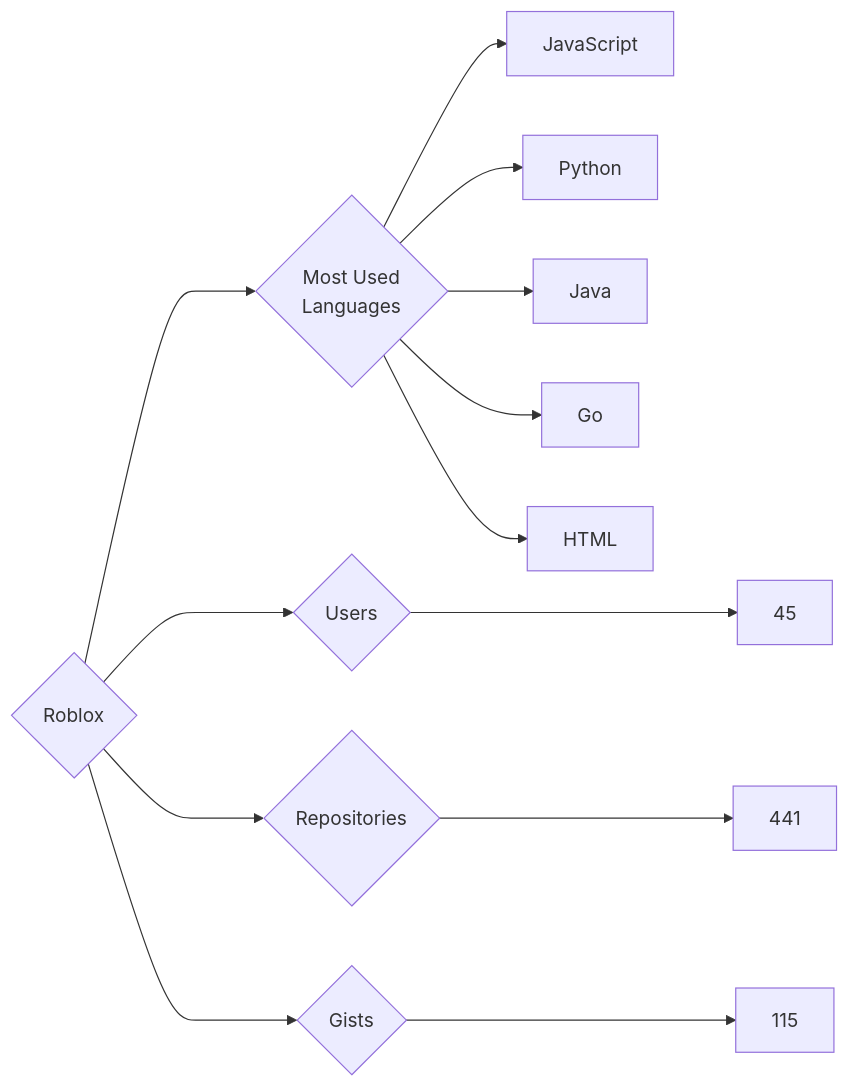
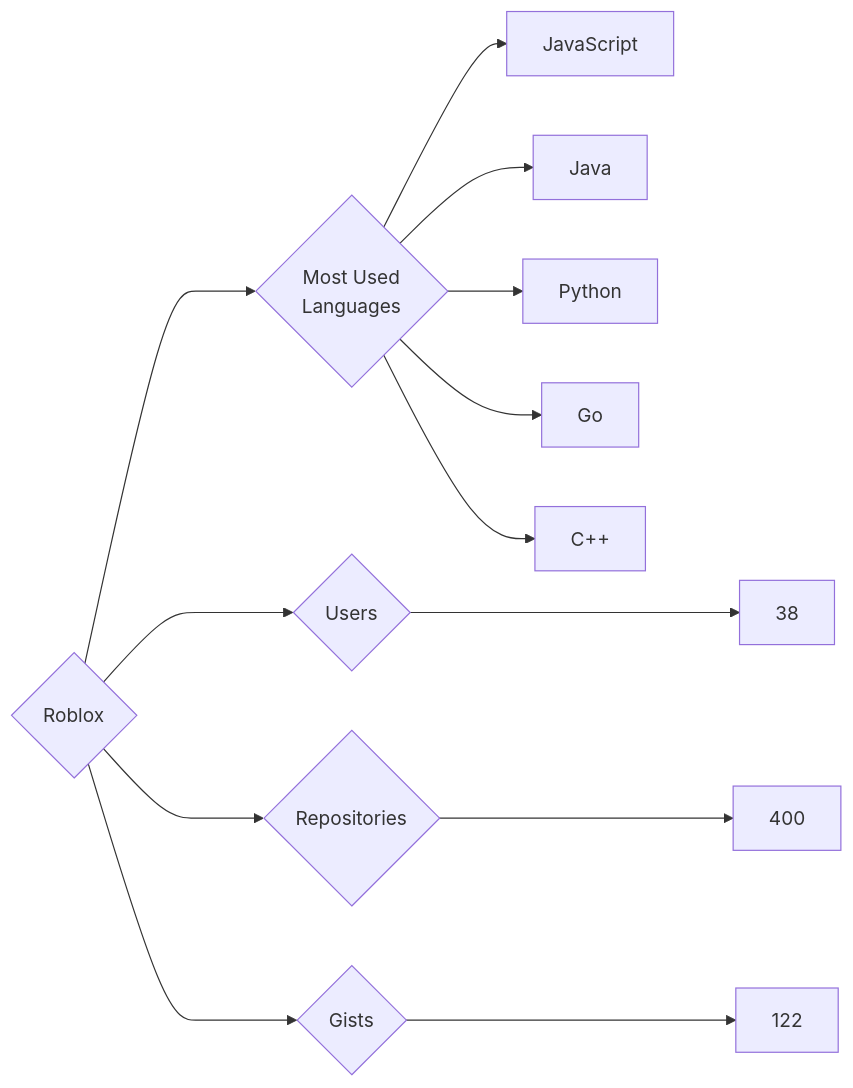
The diagram in targets/Roblox/README.md (trickest/insiders), drawn with Mermaid before and after one commit. The commit also changed 1508 other files, not shown here.

````diff
--- a/targets/Roblox/README.md
+++ b/targets/Roblox/README.md
@@ -3,13 +3,13 @@
 ```mermaid
 graph LR
 COMPANY_NAME{Roblox}
-COMPANY_NAME ---> U{Users} ---> UN[45]
-COMPANY_NAME ---> R{Repositories} ---> RN[441]
-COMPANY_NAME ---> G{Gists} ---> GN[115]
+COMPANY_NAME ---> U{Users} ---> UN[38]
+COMPANY_NAME ---> R{Repositories} ---> RN[400]
+COMPANY_NAME ---> G{Gists} ---> GN[122]
 COMPANY_NAME ---> ML{Most Used<br>Languages}
 ML --> JavaScript[JavaScript]
+ML --> Java[Java]
 ML --> Python[Python]
-ML --> Java[Java]
 ML --> Go[Go]
-ML --> HTML[HTML]
+ML --> C++[C++]
 ```
````
